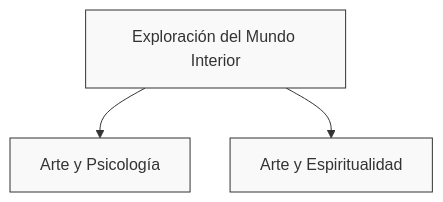
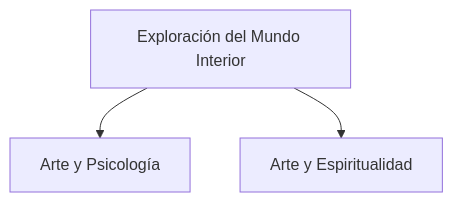
One commit to EGGS-Artesvisuales/EGGS-Artesvisuales.github.io changed the third of 3 diagrams in diagrama.md. Above: the diagram before and after it, drawn with Mermaid. The commit also changed other lines of this file, not shown here.

```diff
--- a/diagrama.md
+++ b/diagrama.md
@@ -105,9 +108,8 @@
     <div class="mermaid">
-        %%{init: {'flowchart': {'nodeSpacing': 40, 'rankSpacing': 50}} }%%
-graph TB
-    C[Exploración del Mundo Interior]
-    C --> C1[Arte y Psicología]
-    C --> C2[Arte y Espiritualidad]
-    
-    classDef default fill:#f9f9f9,stroke:#333,stroke-width:1px
+        graph TD
+        C[Exploración del Mundo Interior] --> C1[Arte y Psicología]
+        C --> C2[Arte y Espiritualidad]
+        click C "/interior.html" "Ir a Exploración del Mundo Interior"
+        click C1 "/arte-y-psicologia.html" "Ir a Arte y Psicología"
+        click C2 "/arte-y-espiritualidad.html" "Ir a Arte y Espiritualidad"
     </div>
```
